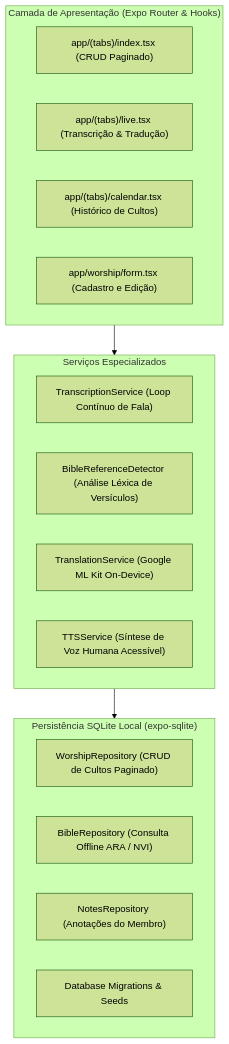
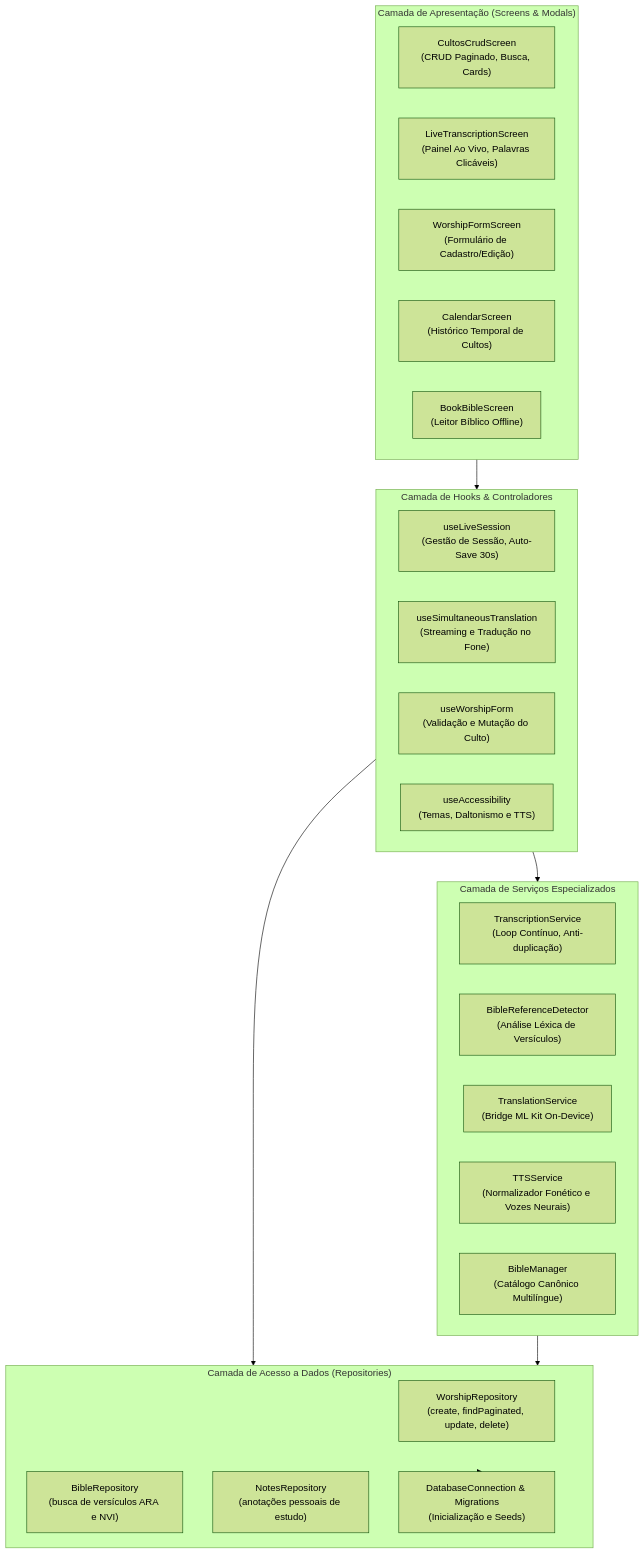
Before and after one commit to Ranzer-Dev/CultoReader_Mobile: the third of 4 diagrams in README.md, drawn with Mermaid (forest theme). The commit also changed other lines of this file, not shown here.

Commit message:
docs: rewrite README using C4 Model architecture and comprehensive project overview

````diff
--- a/README.md
+++ b/README.md
@@ -17,26 +105,38 @@
 ```mermaid
 flowchart TD
-    subgraph UI["Camada de Apresentação (Expo Router & Hooks)"]
-        A["app/(tabs)/index.tsx (CRUD Paginado)"]
-        B["app/(tabs)/live.tsx (Transcrição & Tradução)"]
-        C["app/(tabs)/calendar.tsx (Histórico de Cultos)"]
-        D["app/worship/form.tsx (Cadastro e Edição)"]
+    subgraph Presentation["Camada de Apresentação (Screens & Modals)"]
+        IndexScreen["CultosCrudScreen\n(CRUD Paginado, Busca, Cards)"]
+        LiveScreen["LiveTranscriptionScreen\n(Painel Ao Vivo, Palavras Clicáveis)"]
+        WorshipFormScreen["WorshipFormScreen\n(Formulário de Cadastro/Edição)"]
+        CalendarScreen["CalendarScreen\n(Histórico Temporal de Cultos)"]
+        BibleScreen["BookBibleScreen\n(Leitor Bíblico Offline)"]
     end
 
-    subgraph Core["Serviços Especializados"]
-        E["TranscriptionService (Loop Contínuo de Fala)"]
-        F["BibleReferenceDetector (Análise Léxica de Versículos)"]
-        G["TranslationService (Google ML Kit On-Device)"]
-        H["TTSService (Síntese de Voz Humana Acessível)"]
+    subgraph Controllers["Camada de Hooks & Controladores"]
+        useLiveSession["useLiveSession\n(Gestão de Sessão, Auto-Save 30s)"]
+        useSimultaneousTranslation["useSimultaneousTranslation\n(Streaming e Tradução no Fone)"]
+        useWorshipForm["useWorshipForm\n(Validação e Mutação do Culto)"]
+        useAccessibility["useAccessibility\n(Temas, Daltonismo e TTS)"]
     end
 
-    subgraph Data["Persistência SQLite Local (expo-sqlite)"]
-        I["WorshipRepository (CRUD de Cultos Paginado)"]
-        J["BibleRepository (Consulta Offline ARA / NVI)"]
-        K["NotesRepository (Anotações do Membro)"]
-        L["Database Migrations & Seeds"]
+    subgraph CoreServices["Camada de Serviços Especializados"]
+        TranscriptionService["TranscriptionService\n(Loop Contínuo, Anti-duplicação)"]
+        BibleReferenceDetector["BibleReferenceDetector\n(Análise Léxica de Versículos)"]
+        TranslationService["TranslationService\n(Bridge ML Kit On-Device)"]
+        TTSService["TTSService\n(Normalizador Fonético e Vozes Neurais)"]
+        BibleManager["BibleManager\n(Catálogo Canônico Multilíngue)"]
     end
 
-    UI --> Core
-    Core --> Data
+    subgraph DataRepositories["Camada de Acesso a Dados (Repositories)"]
+        WorshipRepository["WorshipRepository\n(create, findPaginated, update, delete)"]
+        BibleRepository["BibleRepository\n(busca de versículos ARA e NVI)"]
+        NotesRepository["NotesRepository\n(anotações pessoais de estudo)"]
+        DBConnection["DatabaseConnection & Migrations\n(Inicialização e Seeds)"]
+    end
+
+    Presentation --> Controllers
+    Controllers --> CoreServices
+    Controllers --> DataRepositories
+    CoreServices --> DataRepositories
+    DataRepositories --> DBConnection
 ```
````
